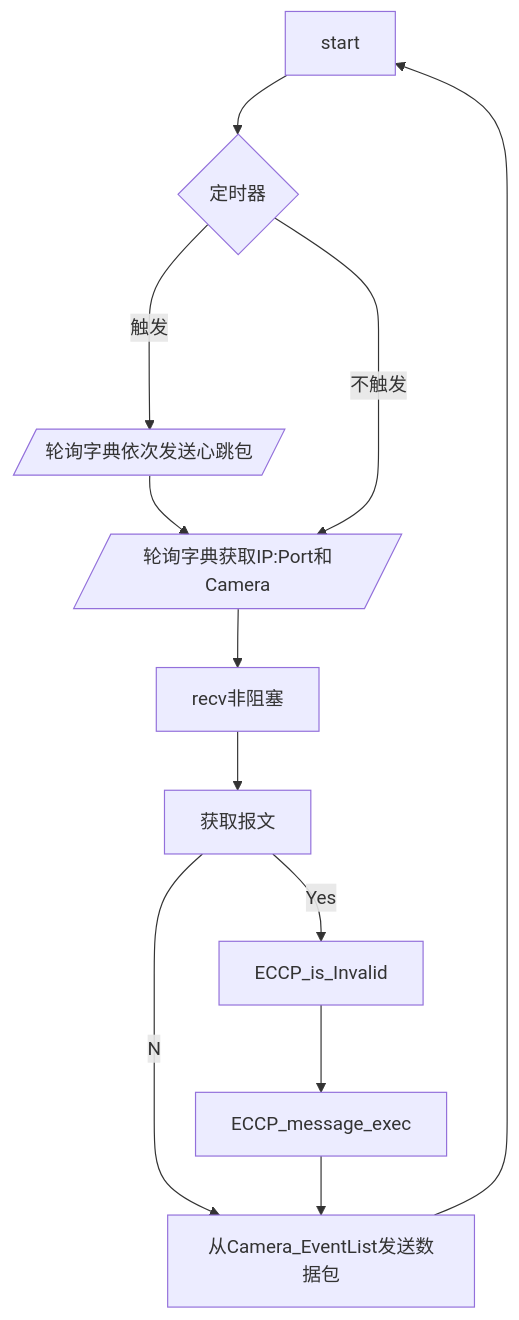
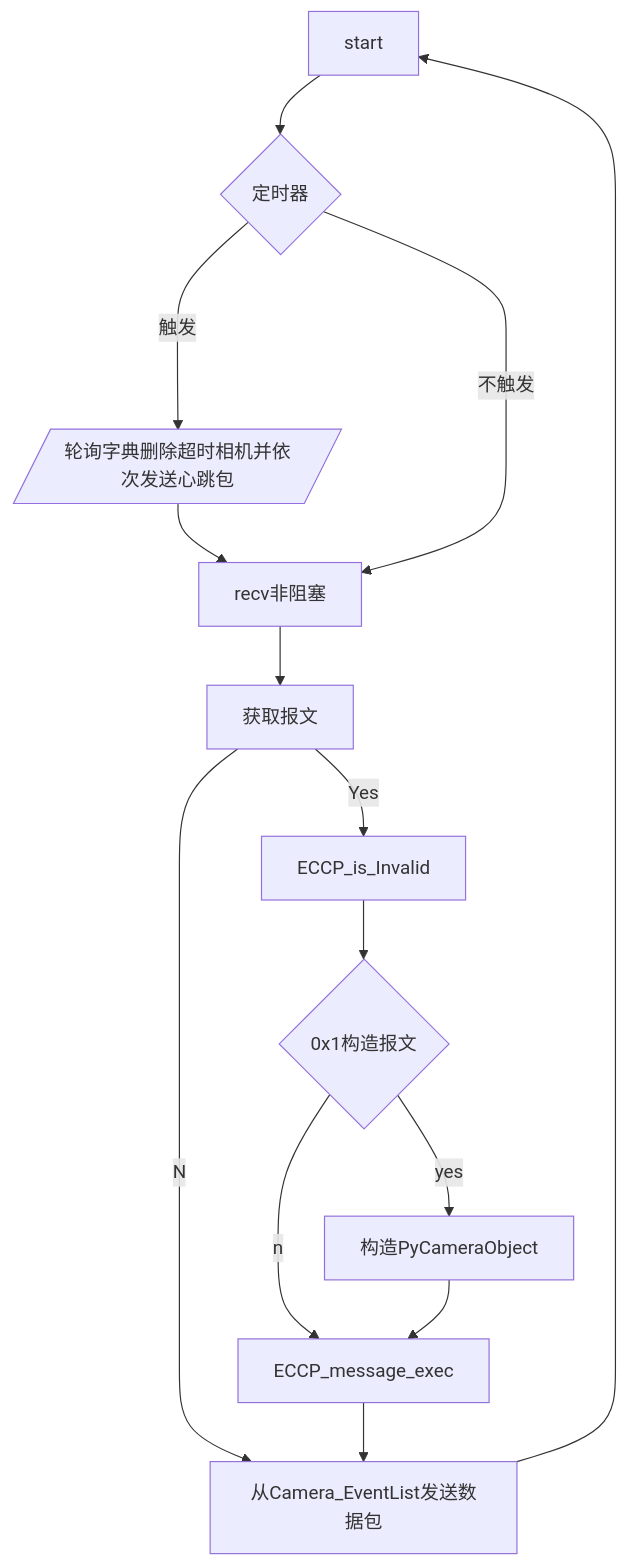
One commit to brick5322/pyeccp changed the second of 2 diagrams in 基于TCP的相机控制协议.md. Above: the diagram before and after it, drawn with Mermaid. The commit also changed other lines of this file and 11 other files, not shown here.

````diff
--- a/基于TCP的相机控制协议.md
+++ b/基于TCP的相机控制协议.md
@@ -199,14 +207,16 @@
 ```mermaid
 graph TB;
 	start-->if1{定时器};
-	if1--触发-->心跳包[/轮询字典依次发送心跳包/];
-	心跳包-->获取IP[/轮询字典获取IP:Port和Camera/];
-	if1--不触发---->获取IP;
-	获取IP --> recv非阻塞;
+	if1--触发-->心跳包[/轮询字典删除超时相机并依次发送心跳包/];
+	心跳包-->recv非阻塞;
+	if1--不触发---->recv非阻塞;
 	recv非阻塞-->获取报文;
 	获取报文--Yes-->ECCP_is_Invalid;
-	ECCP_is_Invalid-->ECCP_message_exec;
+	ECCP_is_Invalid-->0x1{0x1构造报文};
+	0x1--no-->ECCP_message_exec;
+	0x1--yes-->构造PyCameraObject;
+	构造PyCameraObject-->ECCP_message_exec;
 	获取报文--No-->从Camera_EventList发送数据包;
 	ECCP_message_exec-->从Camera_EventList发送数据包;
 	从Camera_EventList发送数据包-->start;
 ```
````
